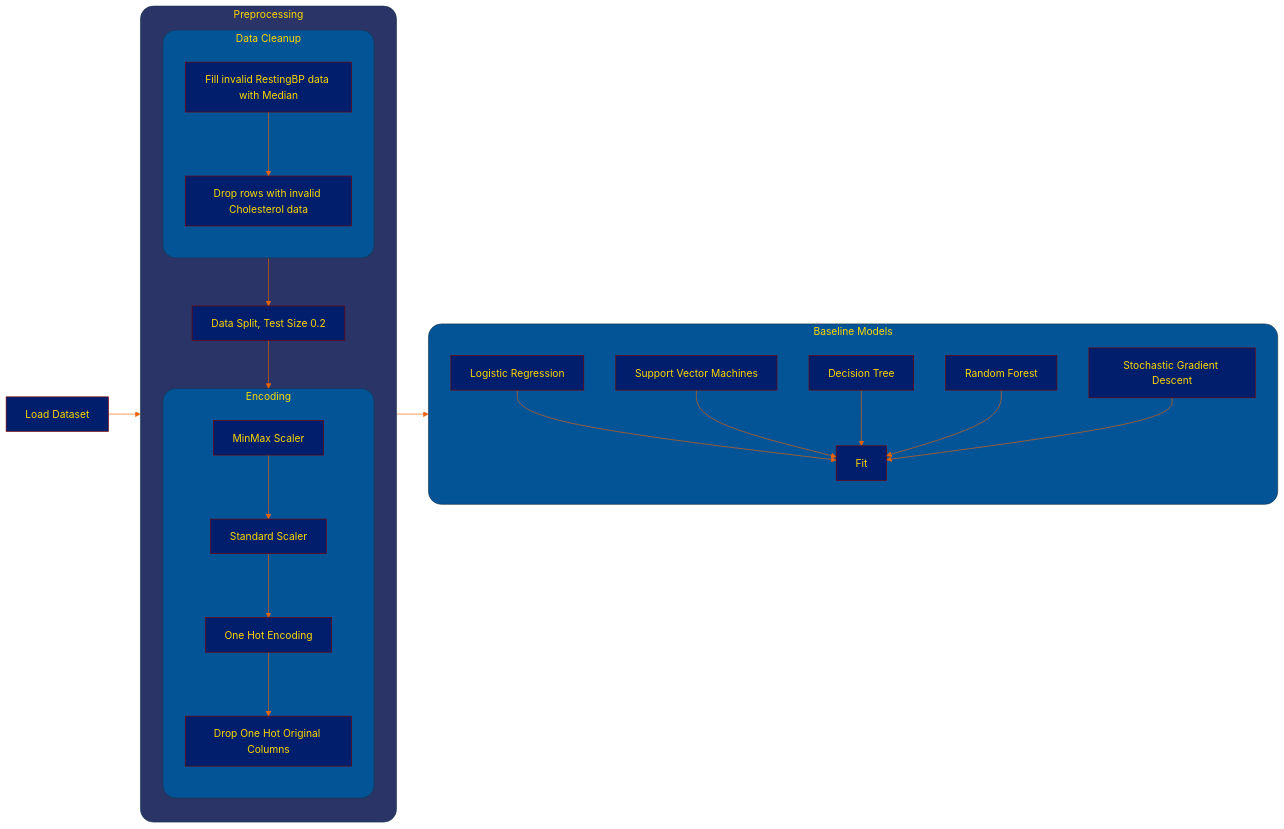
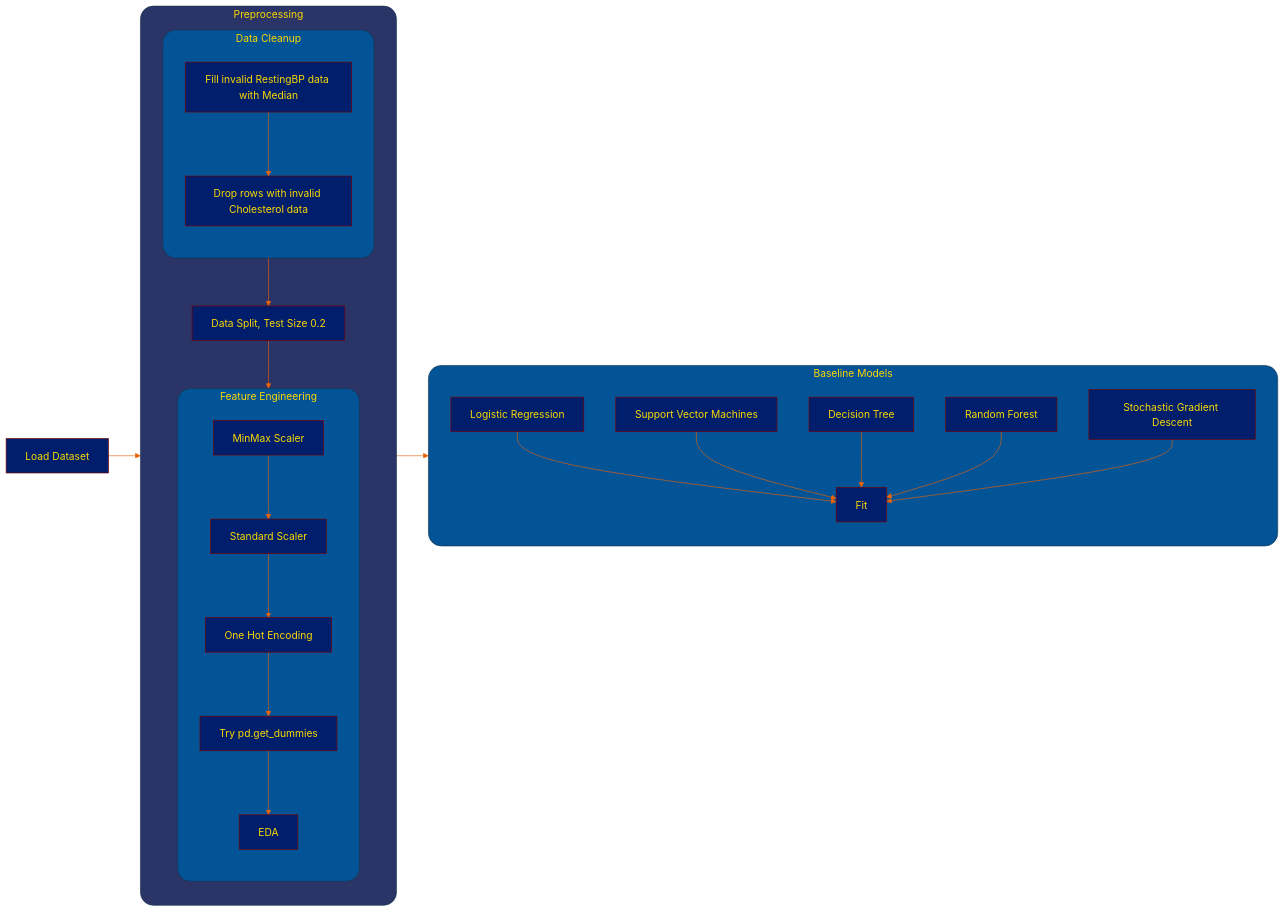
One commit to rashika-dabas/Heart-Failure-Prediction changed the diagram in README.md. Above: the diagram before and after it, drawn with Mermaid.

````diff
--- a/README.md
+++ b/README.md
@@ -7,61 +7,62 @@
 ```mermaid
 %%{
   init: {
     'theme': 'base',
     'themeVariables': {
       'primaryColor': '#001E6C',
       'primaryTextColor': '#FCD900',
       'primaryBorderColor': '#7C0000',
       'lineColor': '#E8630A',
       'secondaryColor': '#BAD7E9',
       'tertiaryColor': '#035397'
     }
   }
 }%%
 
 graph LR
     subgraph prepro[Preprocessing]
         direction TB
         clean --> split[Data Split, Test Size 0.2]
         split --> enc
     end
     style prepro fill:#2B3467,color:#FCD900,rx:20,ry:20;
 
     subgraph clean[Data Cleanup]
         direction TB
         CA[Fill invalid RestingBP data with Median] --> CB[Drop rows with invalid Cholesterol data] 
     end
     style clean color:#FCD900,rx:20,ry:20;
 
 
-    subgraph enc[Encoding]
+    subgraph enc[Feature Engineering]
         direction TB
         EA[MinMax Scaler] --> EB[Standard Scaler]
         EB --> EC[One Hot Encoding]
-        EC --> ED[Drop One Hot Original Columns]
+        EC --> ED[Try pd.get_dummies]
+        ED --> EE[EDA]
     end
     style enc color:#FCD900,rx:20,ry:20;
 
     subgraph blmodel[Baseline Models]
         direction TB
         BA[Logistic Regression]
         BB[Support Vector Machines]
         BC[Decision Tree]
         BD[Random Forest]
         BE[Stochastic Gradient Descent]
         BF[Fit]
         BA --> BF
         BB --> BF
         BC --> BF
         BD --> BF
         BE --> BF
 
 
 
     end
     style blmodel color:#FCD900,rx:20,ry:20;
 
     A[Load Dataset] --> prepro
     prepro --> blmodel
 
 ```
````
